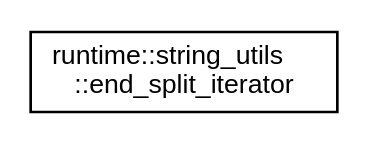
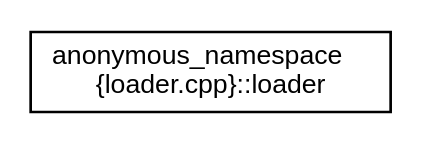
Before and after one commit to edgjj/cpp_vk_lib: the diagram in docs/inherit_graph_0.dot, drawn with Graphviz. The commit also changed 1374 other files, not shown here.

```diff
--- a/docs/inherit_graph_0.dot
+++ b/docs/inherit_graph_0.dot
@@ -1,8 +1,8 @@
 digraph "Graphical Class Hierarchy"
 {
  // LATEX_PDF_SIZE
   edge [fontname="Helvetica",fontsize="10",labelfontname="Helvetica",labelfontsize="10"];
   node [fontname="Helvetica",fontsize="10",shape=record];
   rankdir="LR";
-  Node0 [label="runtime::string_utils\l::end_split_iterator",height=0.2,width=0.4,color="black", fillcolor="white", style="filled",URL="$structruntime_1_1string__utils_1_1end__split__iterator.html",tooltip=" "];
+  Node0 [label="anonymous_namespace\l\{loader.cpp\}::loader",height=0.2,width=0.4,color="black", fillcolor="white", style="filled",URL="$classanonymous__namespace_02loader_8cpp_03_1_1loader.html",tooltip=" "];
 }
```
